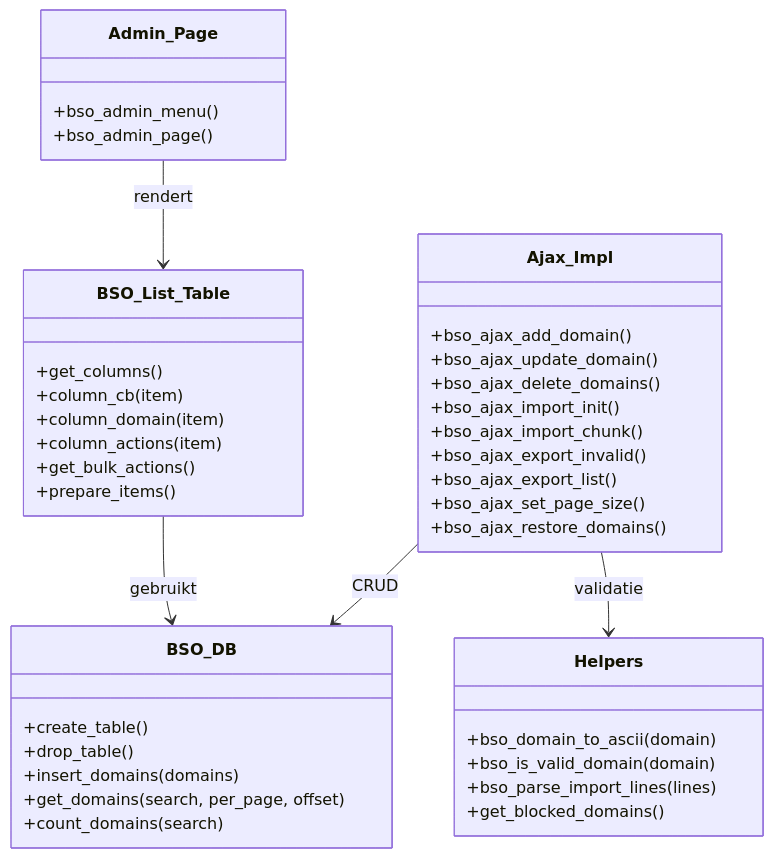
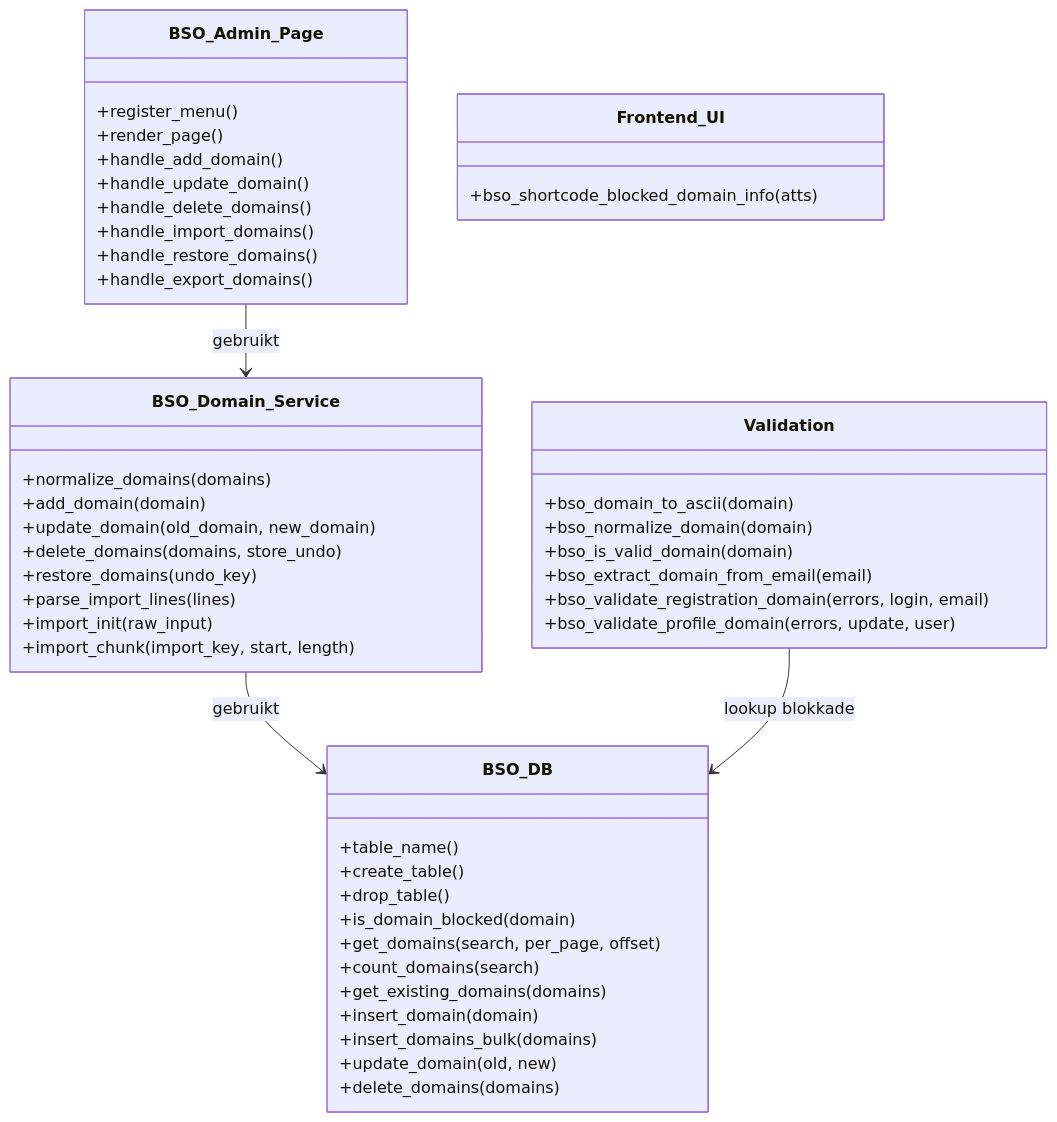
The eighth of 11 diagrams in document/Functional_Design.md (byteway/bso-wp-blocked-domains), drawn with Mermaid before and after one commit. The commit also changed other lines of this file and 2 other files, not shown here.

````diff
--- a/document/Functional_Design.md
+++ b/document/Functional_Design.md
@@ -306,48 +280,55 @@
 ```mermaid
 classDiagram
 	class BSO_DB {
+		+table_name()
 		+create_table()
 		+drop_table()
-		+insert_domains(domains)
+		+is_domain_blocked(domain)
 		+get_domains(search, per_page, offset)
 		+count_domains(search)
+		+get_existing_domains(domains)
+		+insert_domain(domain)
+		+insert_domains_bulk(domains)
+		+update_domain(old, new)
+		+delete_domains(domains)
 	}
 
-	class BSO_List_Table {
-		+get_columns()
-		+column_cb(item)
-		+column_domain(item)
-		+column_actions(item)
-		+get_bulk_actions()
-		+prepare_items()
+	class BSO_Domain_Service {
+		+normalize_domains(domains)
+		+add_domain(domain)
+		+update_domain(old_domain, new_domain)
+		+delete_domains(domains, store_undo)
+		+restore_domains(undo_key)
+		+parse_import_lines(lines)
+		+import_init(raw_input)
+		+import_chunk(import_key, start, length)
 	}
 
-	class Admin_Page {
-		+bso_admin_menu()
-		+bso_admin_page()
+	class BSO_Admin_Page {
+		+register_menu()
+		+render_page()
+		+handle_add_domain()
+		+handle_update_domain()
+		+handle_delete_domains()
+		+handle_import_domains()
+		+handle_restore_domains()
+		+handle_export_domains()
 	}
 
-	class Ajax_Impl {
-		+bso_ajax_add_domain()
-		+bso_ajax_update_domain()
-		+bso_ajax_delete_domains()
-		+bso_ajax_import_init()
-		+bso_ajax_import_chunk()
-		+bso_ajax_export_invalid()
-		+bso_ajax_export_list()
-		+bso_ajax_set_page_size()
-		+bso_ajax_restore_domains()
+	class Validation {
+		+bso_domain_to_ascii(domain)
+		+bso_normalize_domain(domain)
+		+bso_is_valid_domain(domain)
+		+bso_extract_domain_from_email(email)
+		+bso_validate_registration_domain(errors, login, email)
+		+bso_validate_profile_domain(errors, update, user)
 	}
 
-	class Helpers {
-		+bso_domain_to_ascii(domain)
-		+bso_is_valid_domain(domain)
-		+bso_parse_import_lines(lines)
-		+get_blocked_domains()
+	class Frontend_UI {
+		+bso_shortcode_blocked_domain_info(atts)
 	}
 
-	BSO_List_Table --> BSO_DB : gebruikt
-	Admin_Page --> BSO_List_Table : rendert
-	Ajax_Impl --> BSO_DB : CRUD
-	Ajax_Impl --> Helpers : validatie
+	BSO_Domain_Service --> BSO_DB : gebruikt
+	BSO_Admin_Page --> BSO_Domain_Service : gebruikt
+	Validation --> BSO_DB : lookup blokkade
 ```
````
